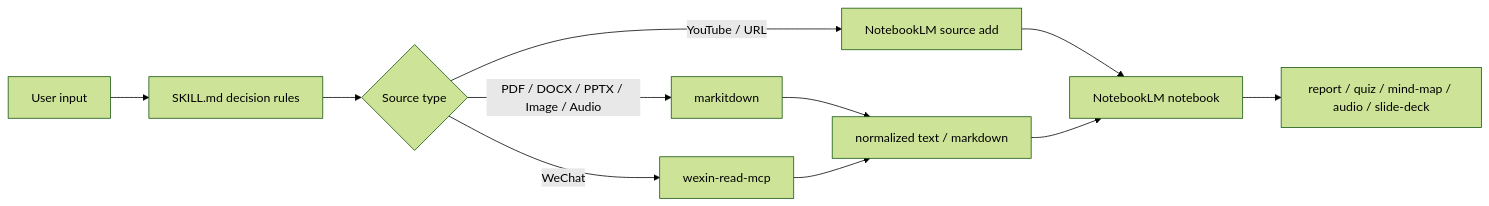
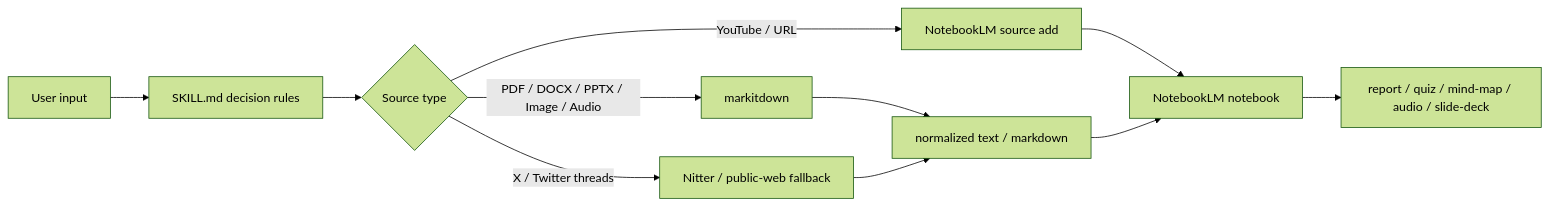
The first of 2 diagrams in README.md (tbdavid2019/anything-to-notebooklm), drawn with Mermaid (forest theme) before and after one commit. The commit also changed other lines of this file and 1 other file, not shown here.

````diff
--- a/README.md
+++ b/README.md
@@ -166,13 +166,13 @@
 ```mermaid
 flowchart LR
     A[User input] --> B[SKILL.md decision rules]
     B --> C{Source type}
-    C -->|WeChat| D[wexin-read-mcp]
+    C -->|X / Twitter threads| D[Nitter / public-web fallback]
     C -->|YouTube / URL| E[NotebookLM source add]
     C -->|PDF / DOCX / PPTX / Image / Audio| F[markitdown]
     F --> G[normalized text / markdown]
     D --> G
     E --> H[NotebookLM notebook]
     G --> H
     H --> I[report / quiz / mind-map / audio / slide-deck]
 ```
````
